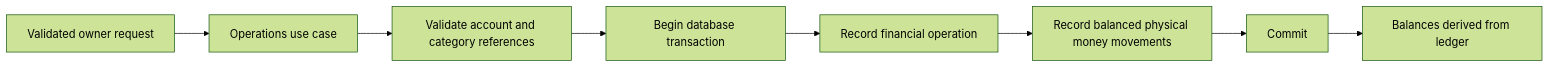
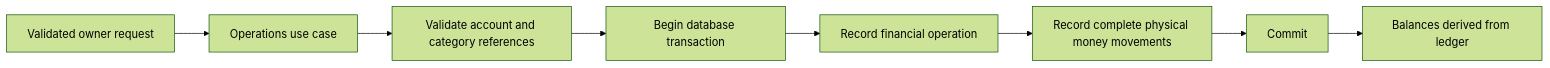
One commit to Gollardo/hermes changed the second of 6 diagrams in docs/architecture/data-flow.md. Above: the diagram before and after it, drawn with Mermaid (forest theme). The commit also changed other lines of this file and 43 other files, not shown here.

````diff
--- a/docs/architecture/data-flow.md
+++ b/docs/architecture/data-flow.md
@@ -30,10 +30,10 @@
 ```mermaid
 flowchart LR
     Request["Validated owner request"] --> UseCase["Operations use case"]
     UseCase --> Validate["Validate account and category references"]
     Validate --> Tx["Begin database transaction"]
     Tx --> Header["Record financial operation"]
-    Header --> Movements["Record balanced physical money movements"]
+    Header --> Movements["Record complete physical money movements"]
     Movements --> Commit["Commit"]
     Commit --> Balance["Balances derived from ledger"]
 ```
````
